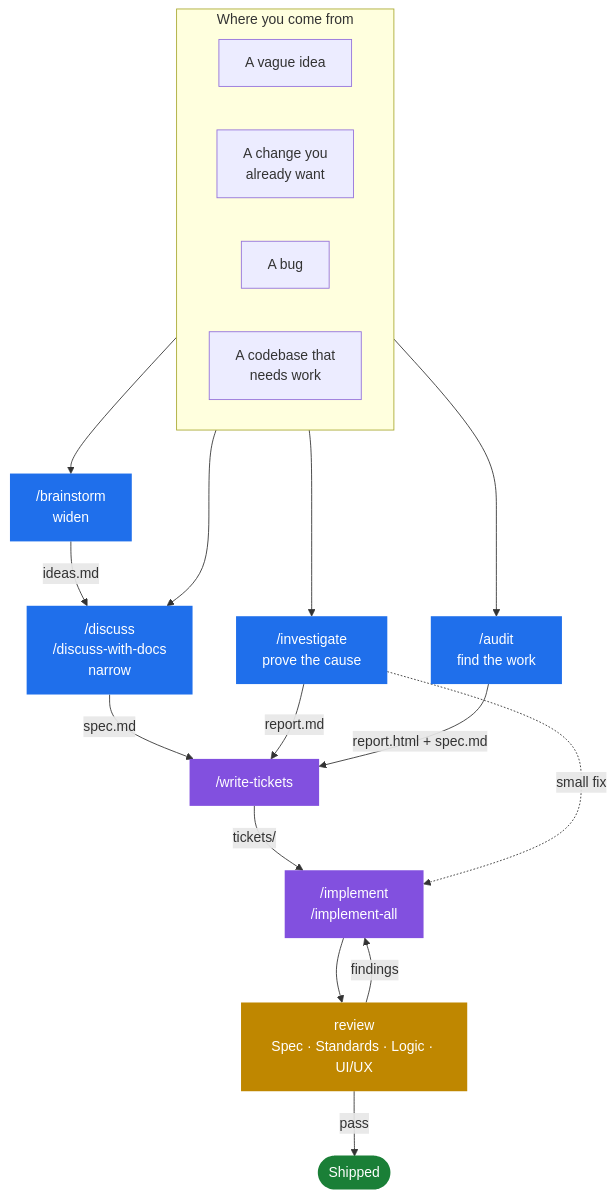
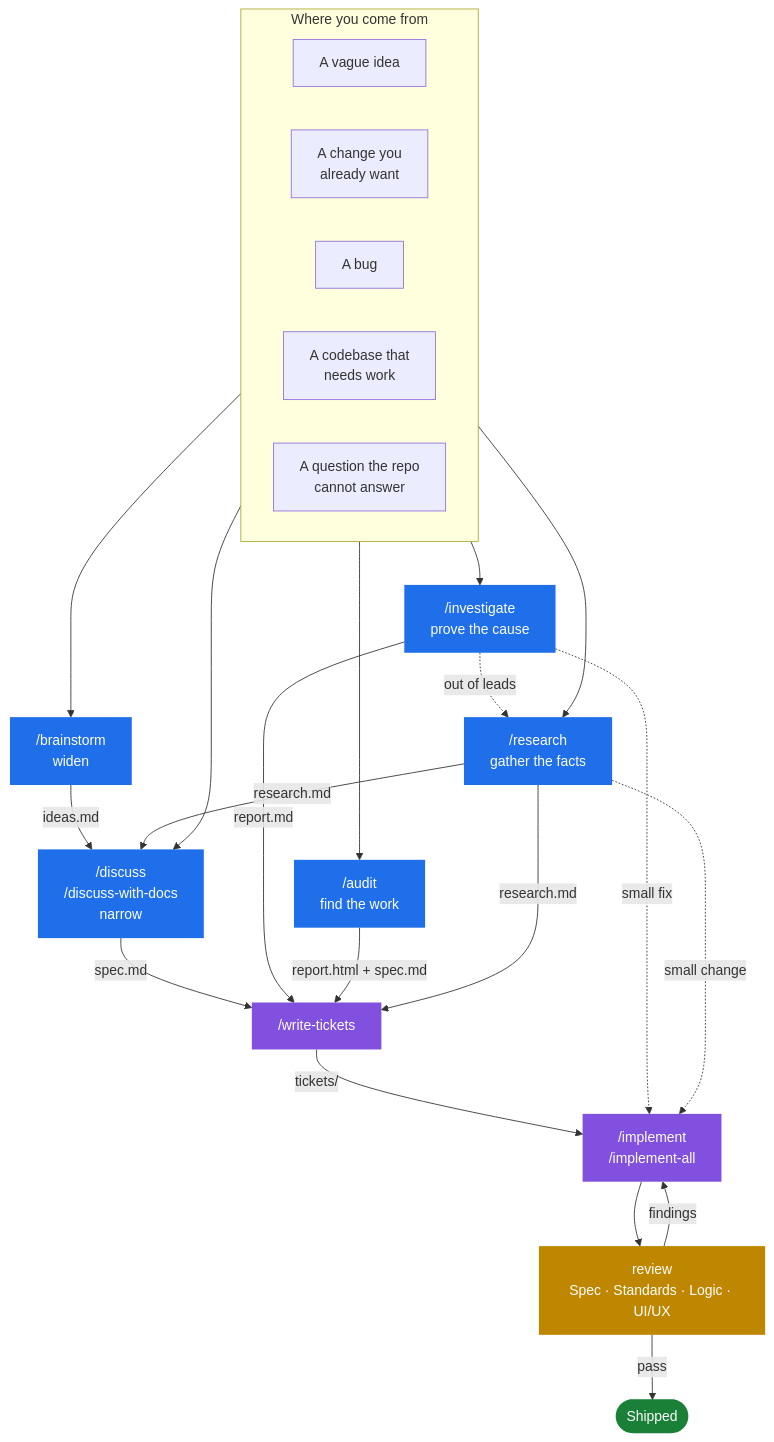
The first of 7 diagrams in README.md (NickDabizaz/skills), drawn with Mermaid before and after one commit. The commit also changed other lines of this file and 22 other files, not shown here.

First line of the commit message:
feat(skills): add research, the entry for questions the repo cannot answer

````diff
--- a/README.md
+++ b/README.md
@@ -76,36 +76,43 @@
 ```mermaid
 flowchart TD
     subgraph entry["Where you come from"]
         direction LR
         E1["A vague idea"]
         E2["A change you<br/>already want"]
         E3["A bug"]
         E4["A codebase that<br/>needs work"]
+        E5["A question the repo<br/>cannot answer"]
     end
 
     E1 --> BR["/brainstorm<br/>widen"]
     E2 --> DIS["/discuss<br/>/discuss-with-docs<br/>narrow"]
     E3 --> INV["/investigate<br/>prove the cause"]
     E4 --> AUD["/audit<br/>find the work"]
+    E5 --> RES["/research<br/>gather the facts"]
 
     BR -->|"ideas.md"| DIS
     DIS -->|"spec.md"| WT["/write-tickets"]
     INV -->|"report.md"| WT
     AUD -->|"report.html + spec.md"| WT
+    RES -->|"research.md"| DIS
+    RES -->|"research.md"| WT
+    INV -.->|"out of leads"| RES
 
     WT -->|"tickets/"| IMP["/implement<br/>/implement-all"]
     INV -.->|"small fix"| IMP
+    RES -.->|"small change"| IMP
 
     IMP --> REV["review<br/>Spec · Standards · Logic · UI/UX"]
     REV -->|"findings"| IMP
     REV -->|"pass"| SHIP(["Shipped"])
 
     style BR fill:#1f6feb,color:#fff,stroke:none
     style DIS fill:#1f6feb,color:#fff,stroke:none
     style INV fill:#1f6feb,color:#fff,stroke:none
+    style RES fill:#1f6feb,color:#fff,stroke:none
     style AUD fill:#1f6feb,color:#fff,stroke:none
     style WT fill:#8250df,color:#fff,stroke:none
     style IMP fill:#8250df,color:#fff,stroke:none
     style REV fill:#bf8700,color:#fff,stroke:none
     style SHIP fill:#1a7f37,color:#fff,stroke:none
 ```
````
